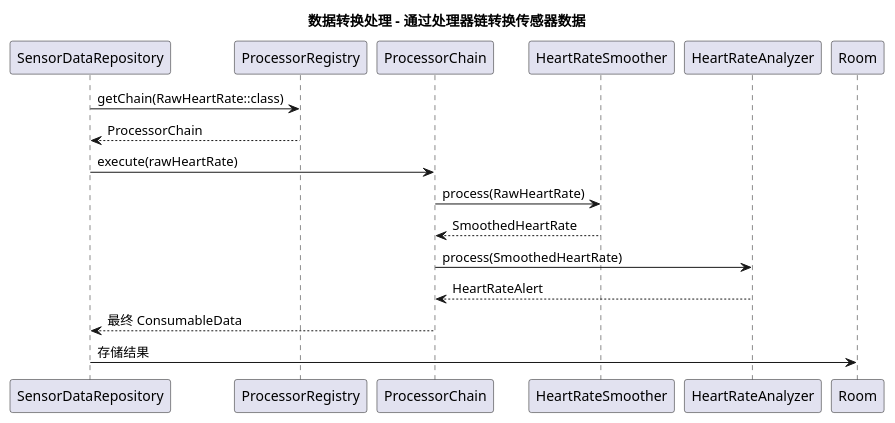
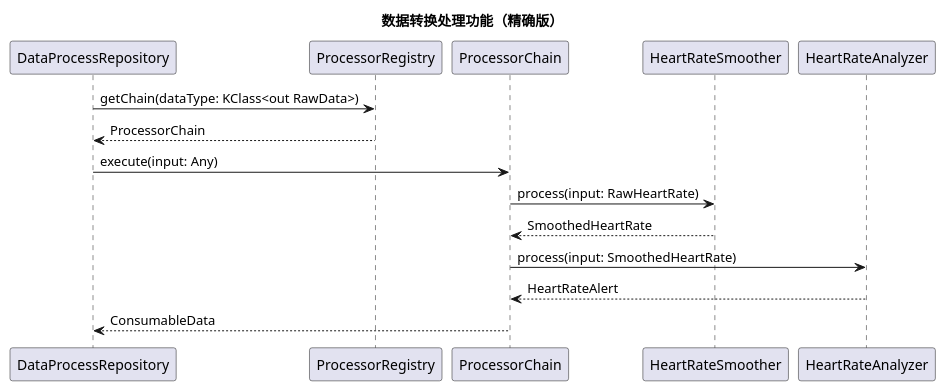
One commit to yzsgith/Android_client changed the diagram in developer_doc/data_processing.plantuml. Above: the diagram before and after it, drawn with PlantUML. The commit also changed 39 other files, not shown here.

Commit message:
对每一个功能对应的唯时序图进行了规范，使其作为二次开发的利器,并增加了read.md，用以描述核心理念和二次开发流程

```diff
--- a/developer_doc/data_processing.plantuml
+++ b/developer_doc/data_processing.plantuml
@@ -1,20 +1,18 @@
 @startuml
-title 数据转换处理 - 通过处理器链转换传感器数据
+title 数据转换处理功能（精确版）
 
-participant "SensorDataRepository" as Repo
+participant "DataProcessRepository" as Repo
 participant "ProcessorRegistry" as Registry
 participant "ProcessorChain" as Chain
 participant "HeartRateSmoother" as Smoother
 participant "HeartRateAnalyzer" as Analyzer
-participant "Room" as DB
 
-Repo -> Registry: getChain(RawHeartRate::class)
+Repo -> Registry: getChain(dataType: KClass<out RawData>)
 Registry --> Repo: ProcessorChain
-Repo -> Chain: execute(rawHeartRate)
-Chain -> Smoother: process(RawHeartRate)
+Repo -> Chain: execute(input: Any)
+Chain -> Smoother: process(input: RawHeartRate)
 Smoother --> Chain: SmoothedHeartRate
-Chain -> Analyzer: process(SmoothedHeartRate)
+Chain -> Analyzer: process(input: SmoothedHeartRate)
 Analyzer --> Chain: HeartRateAlert
-Chain --> Repo: 最终 ConsumableData
-Repo -> DB: 存储结果
+Chain --> Repo: ConsumableData
 @enduml
```
